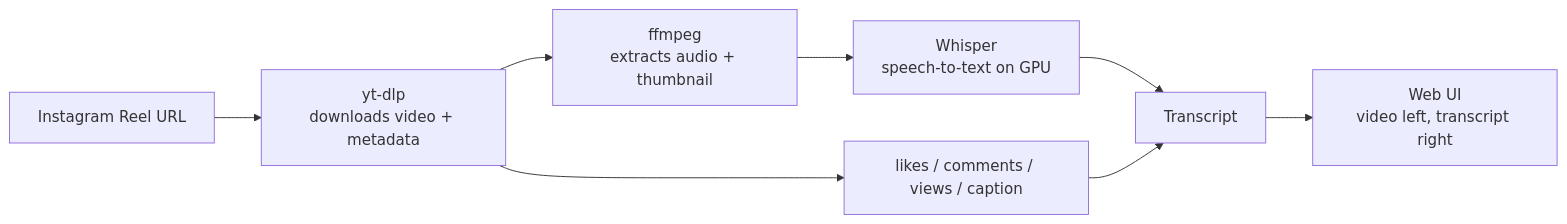
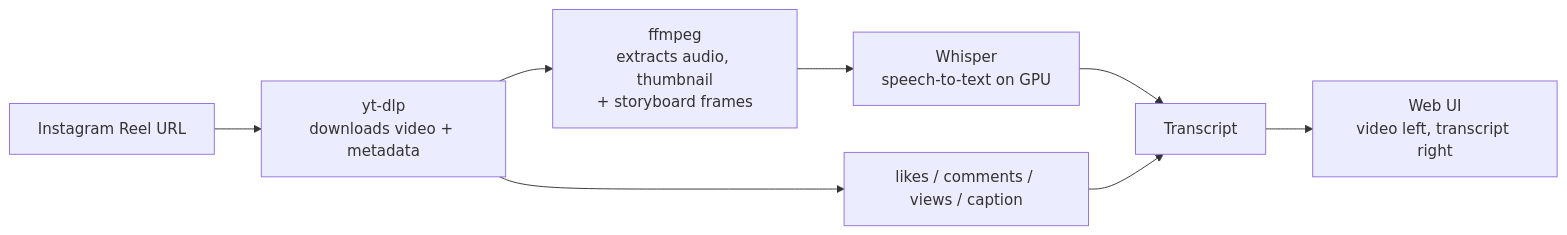
Before and after one commit to aashishpahwa/instagram-reel-transcriber: the diagram in README.md, drawn with Mermaid. The commit also changed other lines of this file and 26 other files, not shown here.

````diff
--- a/README.md
+++ b/README.md
@@ -27,10 +27,10 @@
 ```mermaid
 flowchart LR
     A[Instagram Reel URL] --> B[yt-dlp<br/>downloads video + metadata]
-    B --> C[ffmpeg<br/>extracts audio + thumbnail]
+    B --> C[ffmpeg<br/>extracts audio, thumbnail<br/>+ storyboard frames]
     C --> D[Whisper<br/>speech-to-text on GPU]
     B --> E[likes / comments / views / caption]
     D --> F[Transcript]
     E --> F
     F --> G[Web UI<br/>video left, transcript right]
 ```
````
